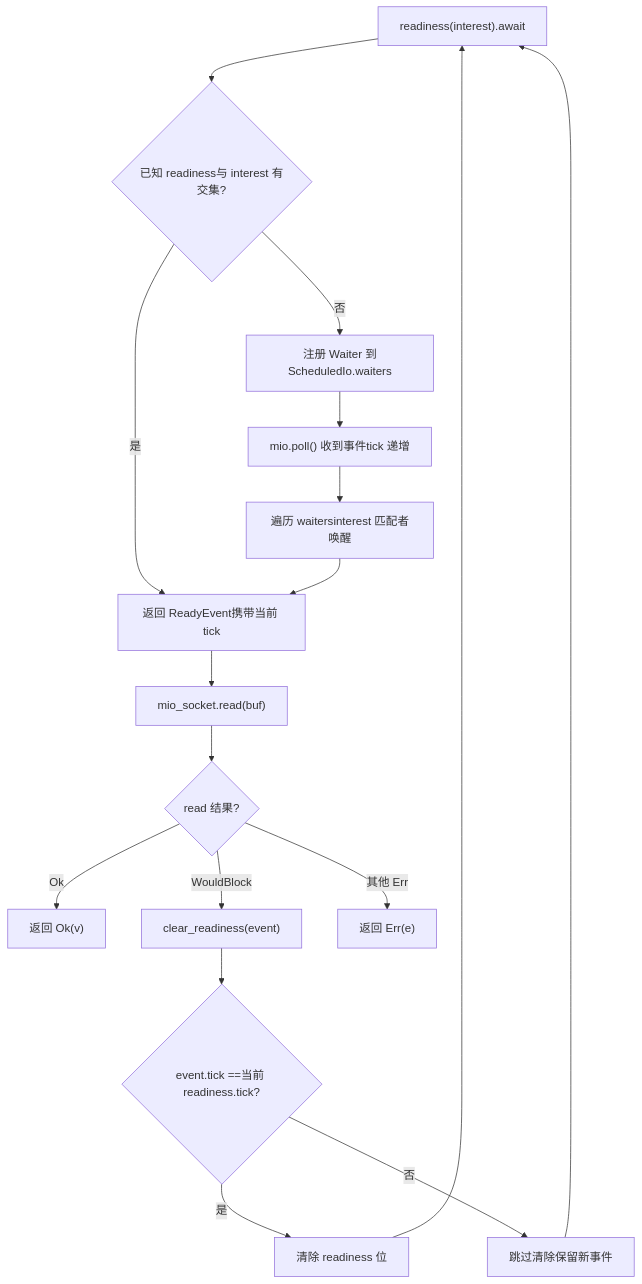
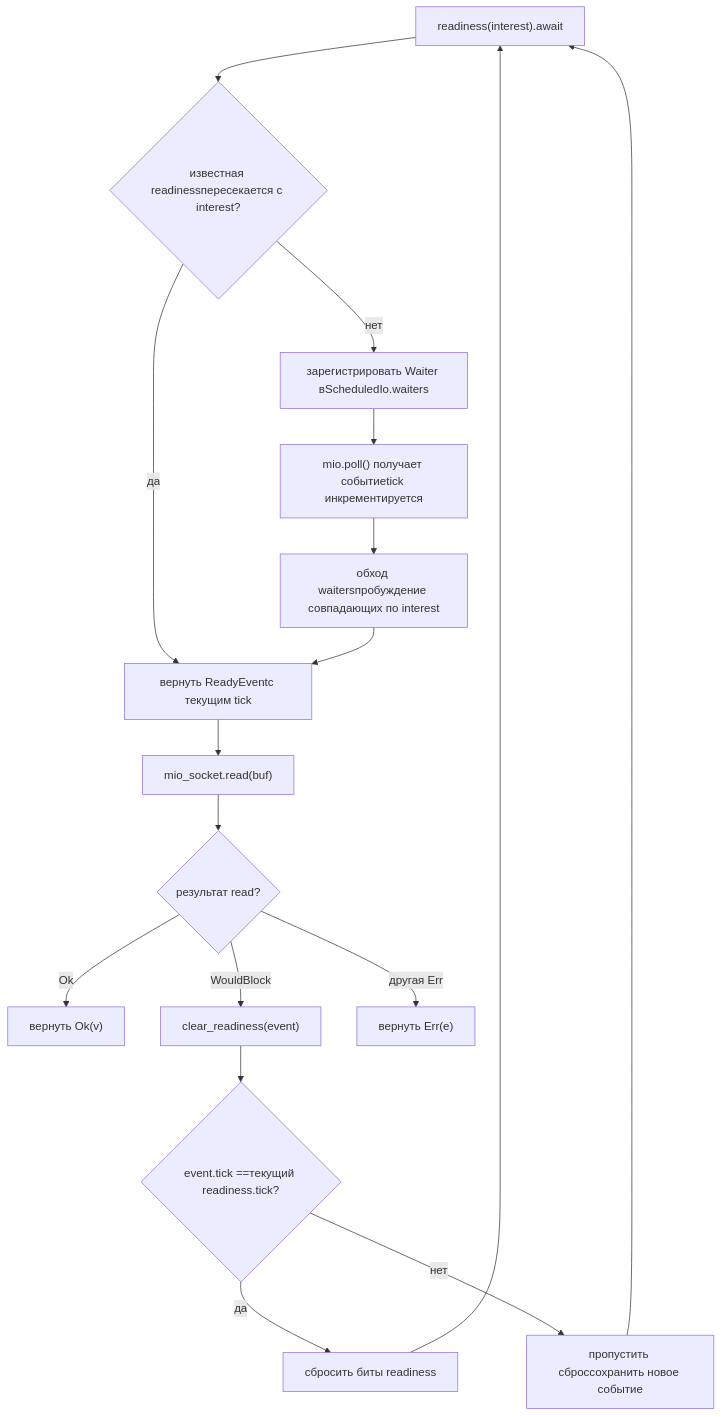
One commit to maleRjc/AiReadCodeBooks changed the first of 2 diagrams in books/tokio/ru/14-runtime-evolution-and-tradeoffs.md. Above: the diagram before and after it, drawn with Mermaid. The commit also changed other lines of this file and 74 other files, not shown here.

````diff
--- a/books/tokio/ru/14-runtime-evolution-and-tradeoffs.md
+++ b/books/tokio/ru/14-runtime-evolution-and-tradeoffs.md
@@ -220,19 +220,19 @@
 ```mermaid
 flowchart TD
-    start["readiness(interest).await"] --> check_ready{"已知 readiness与 interest 有交集?"}
-    check_ready -->|是| ret_event["返回 ReadyEvent携带当前 tick"]
-    check_ready -->|否| wait["注册 Waiter 到ScheduledIo.waiters"]
-    wait --> mio_poll["mio.poll() 收到事件tick 递增"]
-    mio_poll --> notify["遍历 waitersinterest 匹配者唤醒"]
+    start["readiness(interest).await"] --> check_ready{"известная readinessпересекается с interest?"}
+    check_ready -->|да| ret_event["вернуть ReadyEventс текущим tick"]
+    check_ready -->|нет| wait["зарегистрировать Waiter вScheduledIo.waiters"]
+    wait --> mio_poll["mio.poll() получает событиеtick инкрементируется"]
+    mio_poll --> notify["обход waitersпробуждение совпадающих по interest"]
     notify --> ret_event
     ret_event --> do_read["mio_socket.read(buf)"]
-    do_read --> read_ok{"read 结果?"}
-    read_ok -->|Ok| done["返回 Ok(v)"]
+    do_read --> read_ok{"результат read?"}
+    read_ok -->|Ok| done["вернуть Ok(v)"]
     read_ok -->|WouldBlock| clear["clear_readiness(event)"]
-    read_ok -->|其他 Err| err["返回 Err(e)"]
-    clear --> tick_match{"event.tick ==当前 readiness.tick?"}
-    tick_match -->|是| clear_ok["清除 readiness 位"]
-    tick_match -->|否| skip["跳过清除保留新事件"]
+    read_ok -->|другая Err| err["вернуть Err(e)"]
+    clear --> tick_match{"event.tick ==текущий readiness.tick?"}
+    tick_match -->|да| clear_ok["сбросить биты readiness"]
+    tick_match -->|нет| skip["пропустить сброссохранить новое событие"]
     clear_ok --> start
     skip --> start
 ```
````
